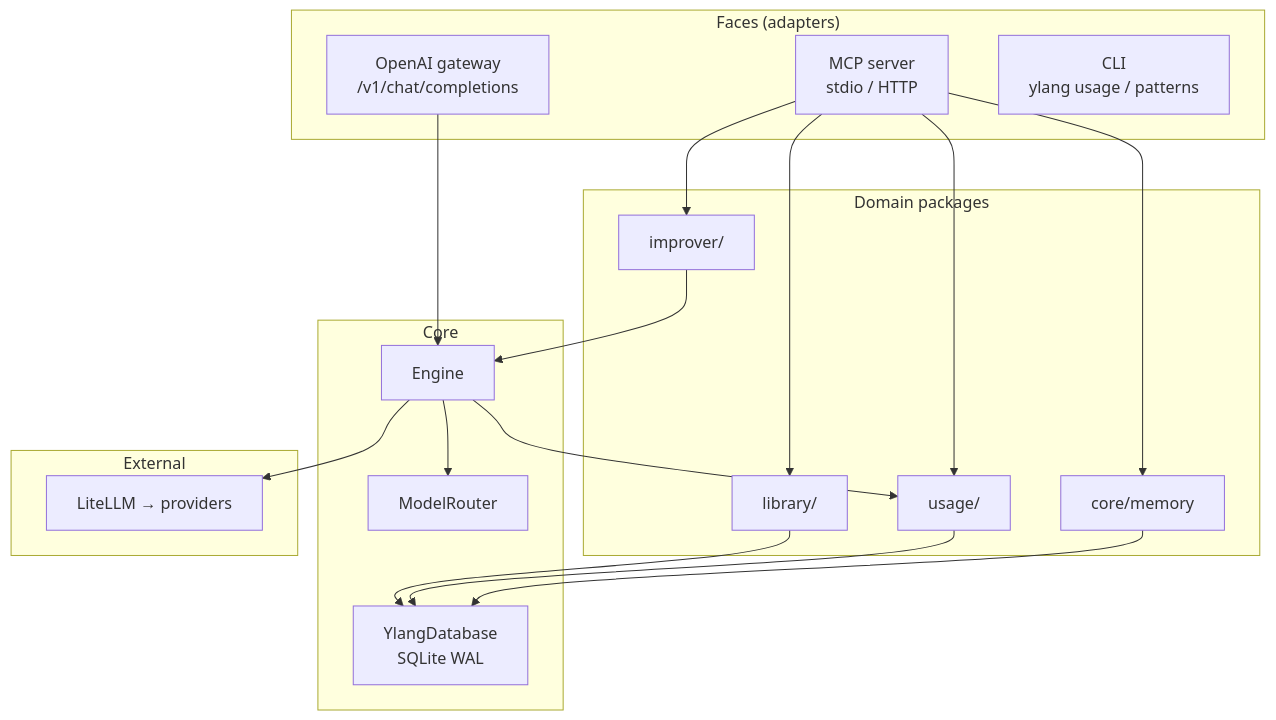
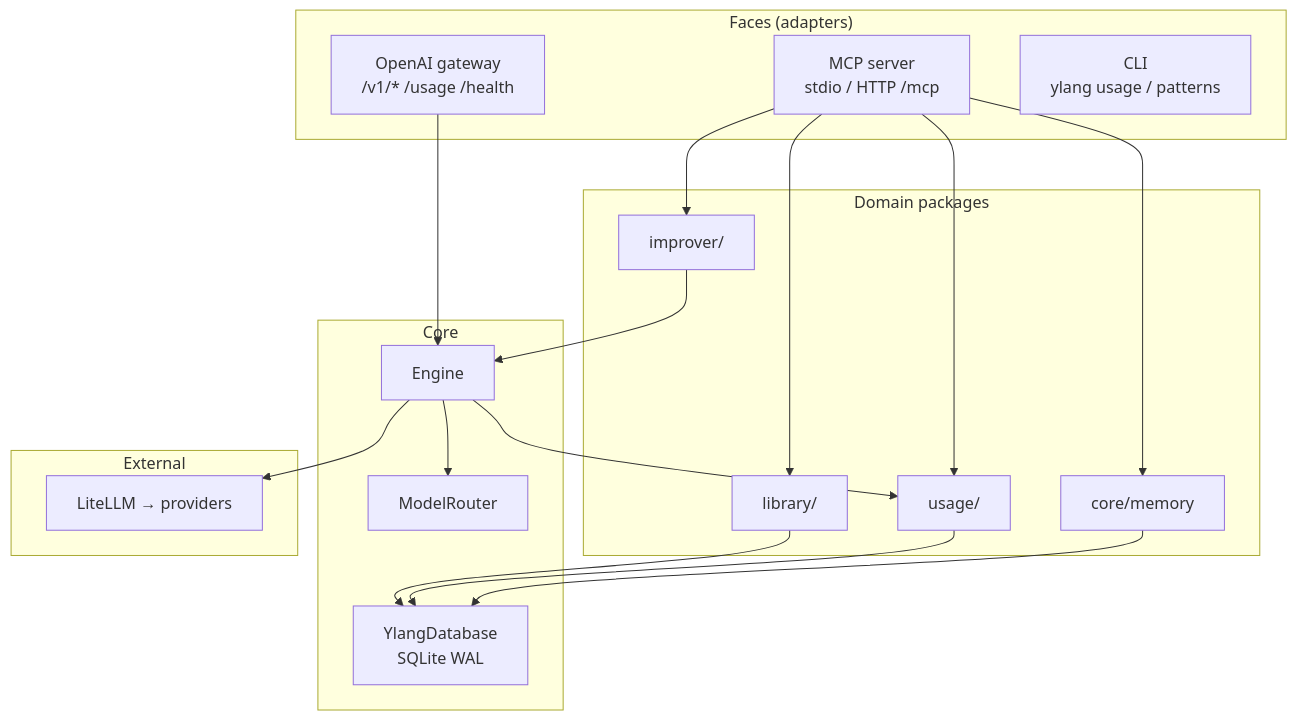
Before and after one commit to Yann-0/ylang: the first of 3 diagrams in docs/architecture.md, drawn with Mermaid. The commit also changed other lines of this file and 7 other files, not shown here.

````diff
--- a/docs/architecture.md
+++ b/docs/architecture.md
@@ -7,38 +14,38 @@
 ```mermaid
 flowchart TB
     subgraph faces["Faces (adapters)"]
-        MCP["MCP server<br/>stdio / HTTP"]
-        GW["OpenAI gateway<br/>/v1/chat/completions"]
+        MCP["MCP server<br/>stdio / HTTP /mcp"]
+        GW["OpenAI gateway<br/>/v1/* /usage /health"]
         CLI["CLI<br/>ylang usage / patterns"]
     end
 
     subgraph domain["Domain packages"]
         IMP["improver/"]
         LIB["library/"]
         USG["usage/"]
         MEM["core/memory"]
     end
 
     subgraph core["Core"]
         ENG["Engine"]
         RTR["ModelRouter"]
         DB["YlangDatabase<br/>SQLite WAL"]
     end
 
     subgraph external["External"]
         LLM["LiteLLM → providers"]
     end
 
     MCP --> IMP
     MCP --> LIB
     MCP --> USG
     MCP --> MEM
     GW --> ENG
     IMP --> ENG
     ENG --> RTR
     ENG --> USG
     ENG --> LLM
     LIB --> DB
     USG --> DB
     MEM --> DB
 ```
````
